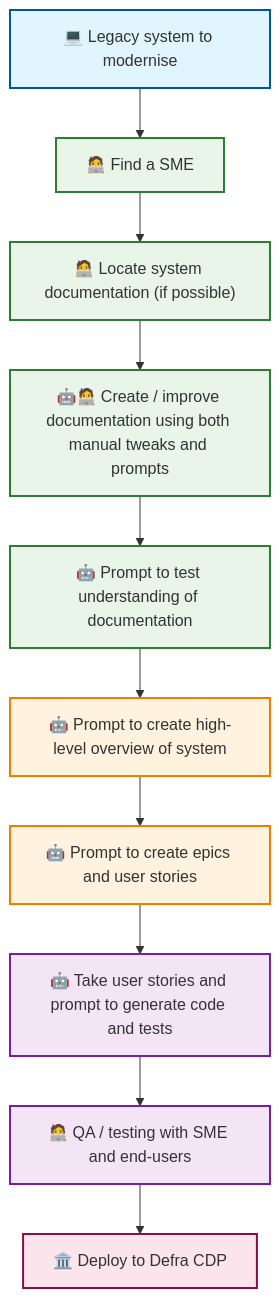
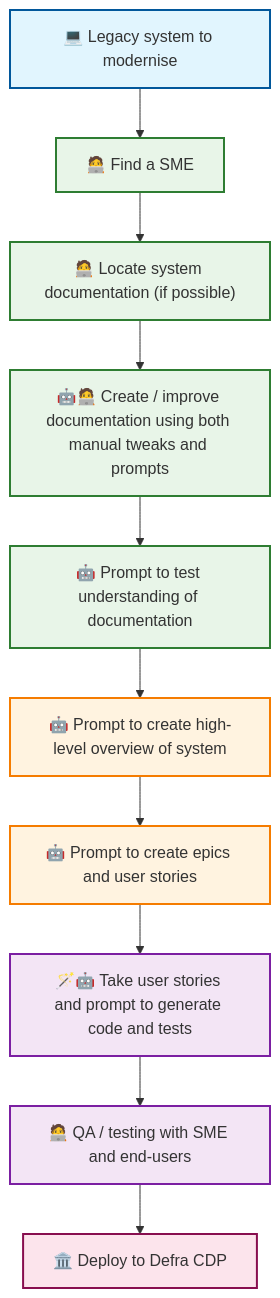
The diagram in playbook/pages/getting-started/workflow.md (DEFRA/defra-ai-legacy-modernisation), drawn with Mermaid before and after one commit. The commit also changed other lines of this file and 5 other files, not shown here.

```diff
--- a/playbook/pages/getting-started/workflow.md
+++ b/playbook/pages/getting-started/workflow.md
@@ -17,24 +17,24 @@
 <pre class="mermaid">
 flowchart TD
     A["💻 Legacy system to modernise"] --> B["🧑‍💻 Find a SME"]
     B --> C["🧑‍💻 Locate system documentation (if possible)"]
     C --> D["🤖🧑‍💻 Create / improve documentation using both manual tweaks and prompts"]
     D --> E["🤖 Prompt to test understanding of documentation"]
     E --> F["🤖 Prompt to create high-level overview of system"]
     F --> G["🤖 Prompt to create epics and user stories"]
-    G --> H["🤖 Take user stories and prompt to generate code and tests"]
+    G --> H["🪄🤖 Take user stories and prompt to generate code and tests"]
     H --> K["🧑‍💻 QA / testing with SME and end-users"]
     K --> J["🏛️ Deploy to Defra CDP"]
 
     classDef legacySystem fill:#e1f5fe,stroke:#01579b,stroke-width:2px
     classDef infoGathering fill:#e8f5e8,stroke:#2e7d32,stroke-width:2px
     classDef requirements fill:#fff3e0,stroke:#f57c00,stroke-width:2px
     classDef implementation fill:#f3e5f5,stroke:#7b1fa2,stroke-width:2px
     classDef deployment fill:#fce4ec,stroke:#880e4f,stroke-width:2px
 
     class A legacySystem
     class B,C,D,E infoGathering
     class F,G requirements
     class H,K implementation
     class J deployment
 </pre>
```
